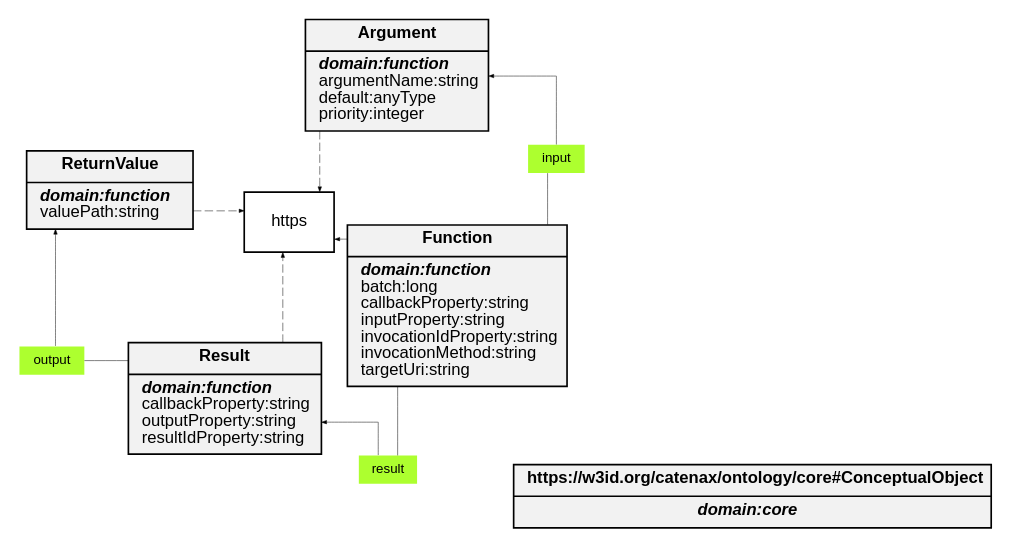
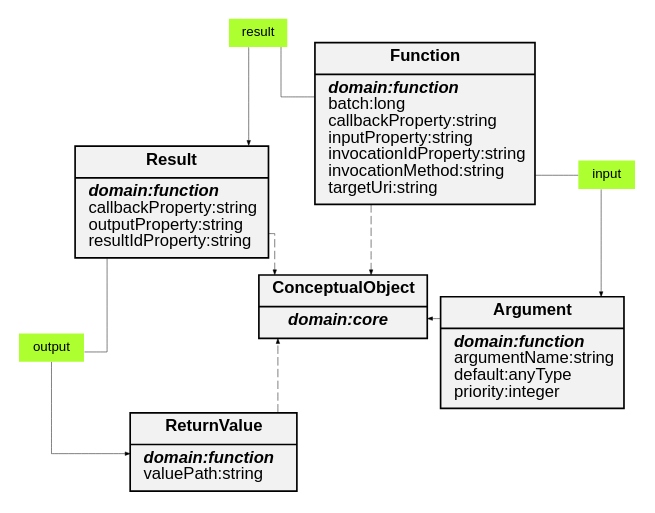
The diagram in docs/images/function_ontology.gv (eclipse-tractusx/sldt-ontology-model), drawn with Graphviz before and after one commit. The commit also changed 14 other files, not shown here.

```diff
--- a/docs/images/function_ontology.gv
+++ b/docs/images/function_ontology.gv
@@ -1,23 +1,23 @@
 digraph function_ontology {
 	graph [fontname="Helvetica,Arial,sans-serif" fontsize=10 layout=neato overlap=scalexy splines=ortho]
 	node [fillcolor=gray95 fontname="Helvetica,Arial,sans-serif" fontsize=10 shape=record]
 	edge [arrowsize=0.3 fontname="Helvetica,Arial,sans-serif" fontsize=10 penwidth=0.3]
-	"https://w3id.org/catenax/ontology/core#ConceptualObject" [label=<{<b>https://w3id.org/catenax/ontology/core#ConceptualObject</b> | <i><b> domain:core</b></i> <br align="left"/>}> style=filled]
+	ConceptualObject [label=<{<b>ConceptualObject</b> | <i><b> domain:core</b></i> <br align="left"/>}> style=filled]
 	Argument [label=<{<b>Argument</b> | <i><b> domain:function</b></i> <br align="left"/>argumentName:string<br align="left"/>default:anyType<br align="left"/>priority:integer<br align="left"/>}> style=filled]
 	Function [label=<{<b>Function</b> | <i><b> domain:function</b></i> <br align="left"/>batch:long<br align="left"/>callbackProperty:string<br align="left"/>inputProperty:string<br align="left"/>invocationIdProperty:string<br align="left"/>invocationMethod:string<br align="left"/>targetUri:string<br align="left"/>}> style=filled]
 	Result [label=<{<b>Result</b> | <i><b> domain:function</b></i> <br align="left"/>callbackProperty:string<br align="left"/>outputProperty:string<br align="left"/>resultIdProperty:string<br align="left"/>}> style=filled]
 	ReturnValue [label=<{<b>ReturnValue</b> | <i><b> domain:function</b></i> <br align="left"/>valuePath:string<br align="left"/>}> style=filled]
 	input [label=input fillcolor=greenyellow fontsize=8 height=0 shape=plaintext style=filled width=0]
 	output [label=output fillcolor=greenyellow fontsize=8 height=0 shape=plaintext style=filled width=0]
 	result [label=result fillcolor=greenyellow fontsize=8 height=0 shape=plaintext style=filled width=0]
 	Function -> input [arrowhead=none]
 	input -> Argument
 	Result -> output [arrowhead=none]
 	output -> ReturnValue
 	Function -> result [arrowhead=none]
 	result -> Result
-	Argument -> https:"//w3id.org/catenax/ontology/core#ConceptualObject" [style=dashed]
-	Function -> https:"//w3id.org/catenax/ontology/core#ConceptualObject" [style=dashed]
-	Result -> https:"//w3id.org/catenax/ontology/core#ConceptualObject" [style=dashed]
-	ReturnValue -> https:"//w3id.org/catenax/ontology/core#ConceptualObject" [style=dashed]
+	Argument -> ConceptualObject [style=dashed]
+	Function -> ConceptualObject [style=dashed]
+	Result -> ConceptualObject [style=dashed]
+	ReturnValue -> ConceptualObject [style=dashed]
 }
```
